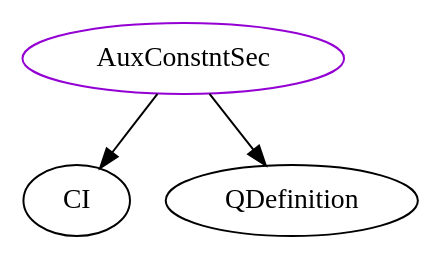
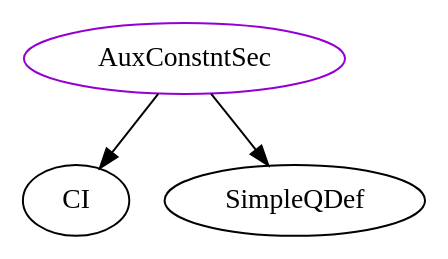
Before and after one commit to JacquesCarette/Drasil: the diagram in analysis/TypeDependencyGraphs/docLang/AuxConstntSec.dot, drawn with Graphviz. The commit also changed 1222 other files, not shown here.

```diff
--- a/analysis/TypeDependencyGraphs/docLang/AuxConstntSec.dot
+++ b/analysis/TypeDependencyGraphs/docLang/AuxConstntSec.dot
@@ -1,5 +1,5 @@
 digraph auxconstntsec{
 AuxConstntSec	[shape=oval, color=darkviolet, label="AuxConstntSec"];
 AuxConstntSec -> CI;
-AuxConstntSec -> QDefinition;
+AuxConstntSec -> SimpleQDef;
 }
```
